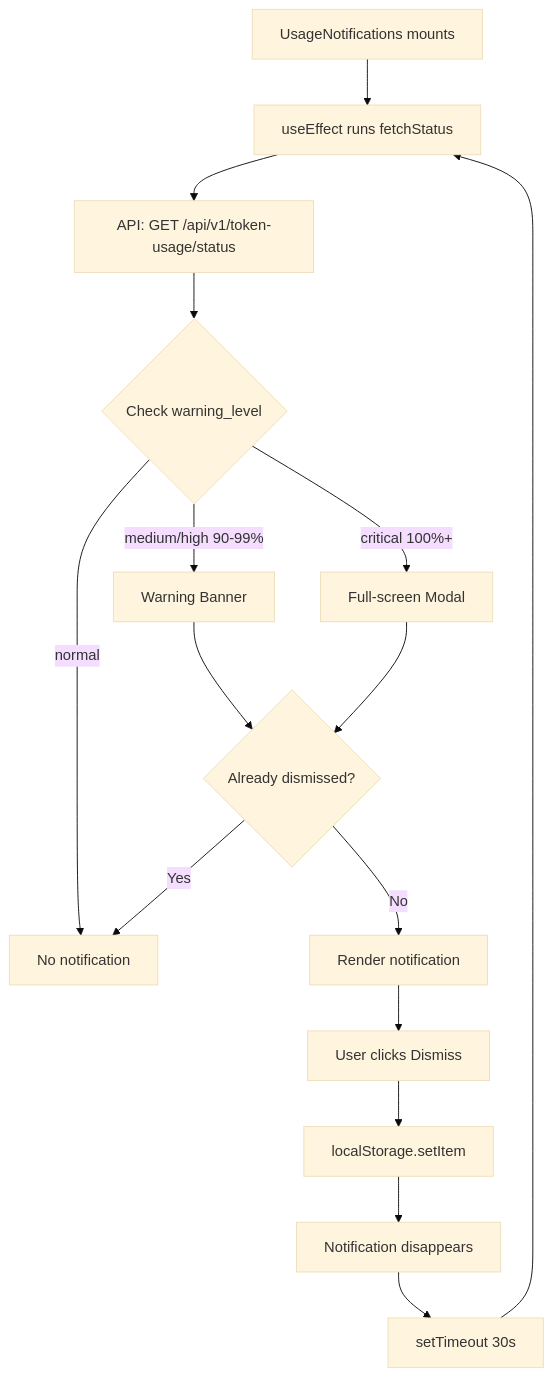
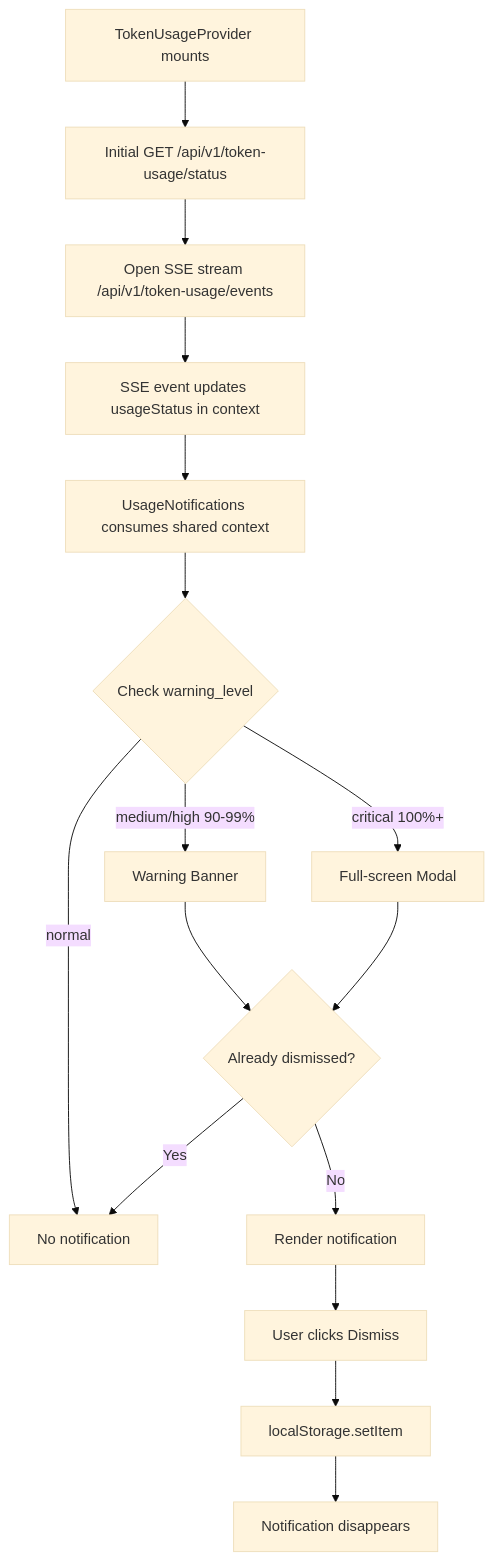
The second of 3 diagrams in docs/humans/designs/frontend_architecture.md (elis-salobehaj/mediquery-ai), drawn with Mermaid (base theme) before and after one commit. The commit also changed other lines of this file and 39 other files, not shown here.

````diff
--- a/docs/humans/designs/frontend_architecture.md
+++ b/docs/humans/designs/frontend_architecture.md
@@ -93,18 +64,18 @@
 ```mermaid
 flowchart TD
-    A[UsageNotifications mounts] --> B[useEffect runs fetchStatus]
-    B --> C[API: GET /api/v1/token-usage/status]
-    C --> D{Check warning_level}
-    D -->|normal| E[No notification]
-    D -->|medium/high 90-99%| F[Warning Banner]
-    D -->|critical 100%+| G[Full-screen Modal]
-    F --> H{Already dismissed?}
-    G --> H
-    H -->|No| I[Render notification]
-    H -->|Yes| E
-    I --> J[User clicks Dismiss]
-    J --> K[localStorage.setItem]
-    K --> L[Notification disappears]
-    L --> M[setTimeout 30s]
-    M --> B
+  A[TokenUsageProvider mounts] --> B[Initial GET /api/v1/token-usage/status]
+  B --> C[Open SSE stream /api/v1/token-usage/events]
+  C --> D[SSE event updates usageStatus in context]
+  D --> E[UsageNotifications consumes shared context]
+  E --> F{Check warning_level}
+  F -->|normal| G[No notification]
+  F -->|medium/high 90-99%| H[Warning Banner]
+  F -->|critical 100%+| I[Full-screen Modal]
+  H --> J{Already dismissed?}
+  I --> J
+  J -->|No| K[Render notification]
+  J -->|Yes| G
+  K --> L[User clicks Dismiss]
+  L --> M[localStorage.setItem]
+  M --> N[Notification disappears]
 ```
````
